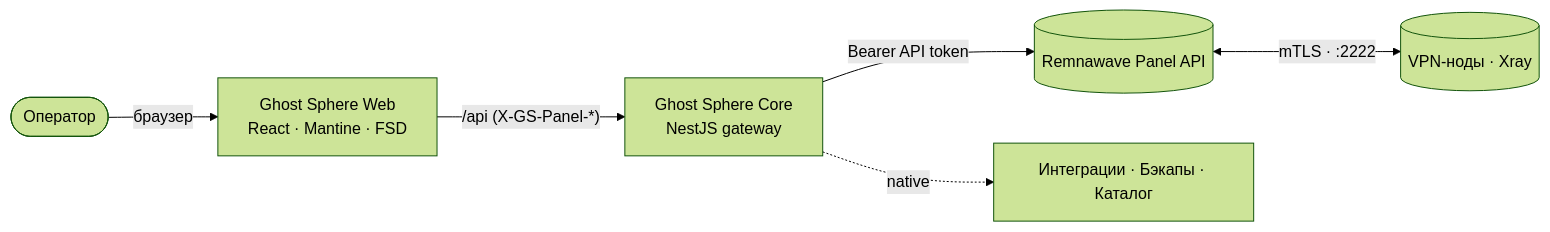
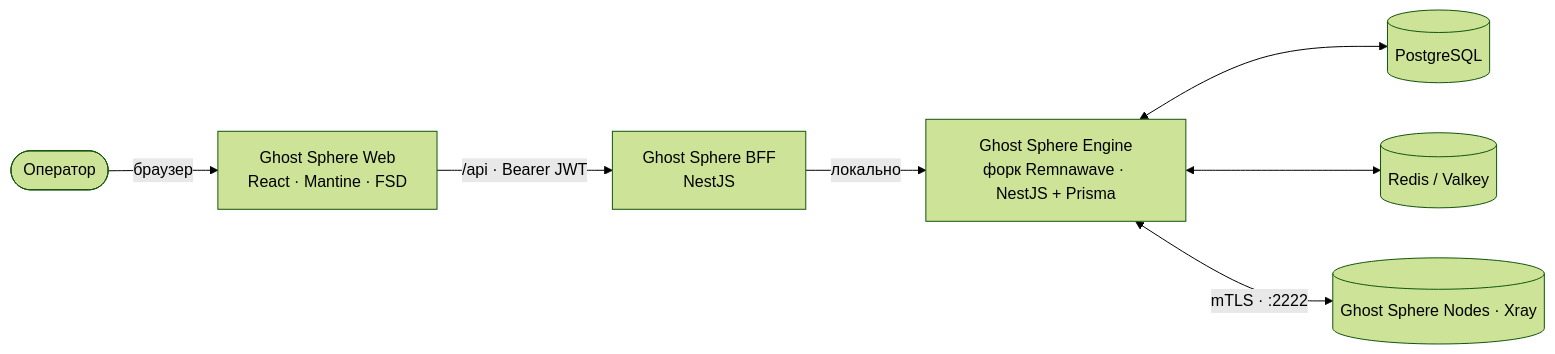
The diagram in README.md (SKINOREZZZ101/SPHEREGHOST), drawn with Mermaid (forest theme) before and after one commit. The commit also changed other lines of this file and 2075 other files, not shown here.

First line of the commit message:
Ghost Sphere v0.0.1 - full self-contained fork of the Remnawave engine

````diff
--- a/README.md
+++ b/README.md
@@ -71,8 +71,9 @@
 ```mermaid
 flowchart LR
     User([Оператор]) -->|браузер| Web[Ghost Sphere Web\nReact · Mantine · FSD]
-    Web -->|"/api (X-GS-Panel-*)"| Core[Ghost Sphere Core\nNestJS gateway]
-    Core -->|Bearer API token| Panel[(Remnawave Panel API)]
-    Panel <-->|mTLS · :2222| Nodes[(VPN-ноды · Xray)]
-    Core -. native .-> Reg[Интеграции · Бэкапы · Каталог]
+    Web -->|"/api · Bearer JWT"| BFF[Ghost Sphere BFF\nNestJS]
+    BFF -->|локально| Engine[Ghost Sphere Engine\nфорк Remnawave · NestJS + Prisma]
+    Engine <--> DB[(PostgreSQL)]
+    Engine <--> Redis[(Redis / Valkey)]
+    Engine <-->|mTLS · :2222| Nodes[(Ghost Sphere Nodes · Xray)]
 ```
````
